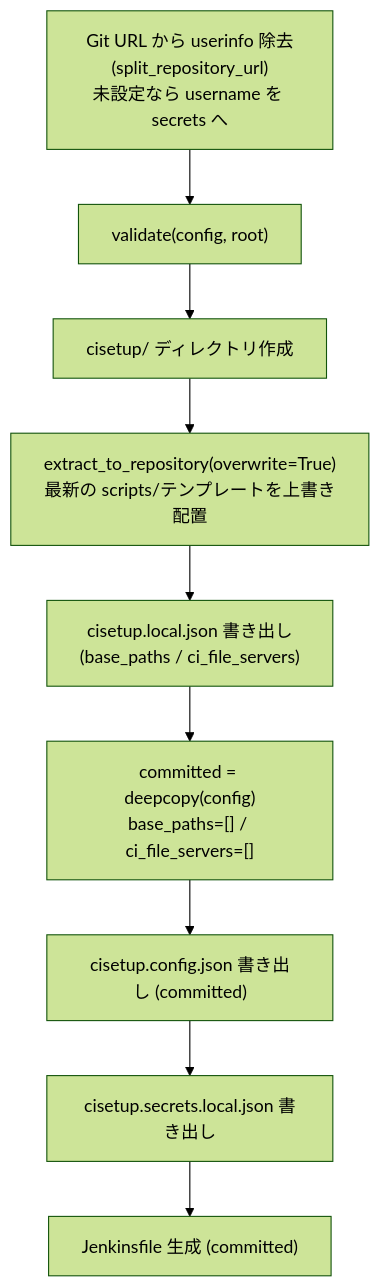
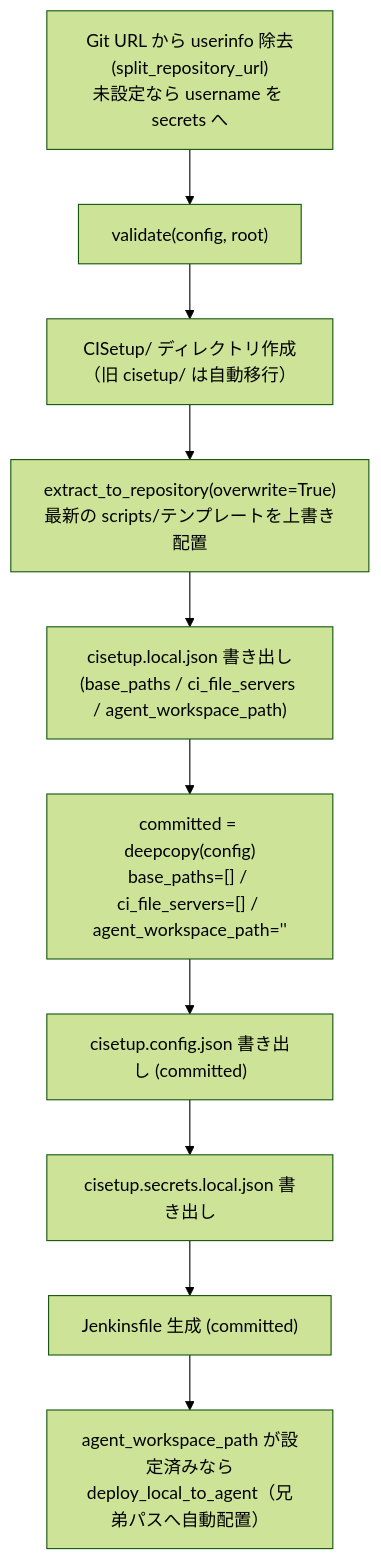
The second of 10 diagrams in docs/DESIGN.md (gt-ynakamatsu/ci-setup-tool), drawn with Mermaid (forest theme) before and after one commit. The commit also changed other lines of this file and 26 other files, not shown here.

````diff
--- a/docs/DESIGN.md
+++ b/docs/DESIGN.md
@@ -436,11 +479,12 @@
 ```mermaid
 flowchart TB
     A["Git URL から userinfo 除去<br/>(split_repository_url)<br/>未設定なら username を secrets へ"] --> B["validate(config, root)"]
-    B --> C["cisetup/ ディレクトリ作成"]
+    B --> C["CISetup/ ディレクトリ作成（旧 cisetup/ は自動移行）"]
     C --> D["extract_to_repository(overwrite=True)<br/>最新の scripts/テンプレートを上書き配置"]
-    D --> E["cisetup.local.json 書き出し<br/>(base_paths / ci_file_servers)"]
-    E --> F["committed = deepcopy(config)<br/>base_paths=[] / ci_file_servers=[]"]
+    D -->     E["cisetup.local.json 書き出し<br/>(base_paths / ci_file_servers / agent_workspace_path)"]
+    E --> F["committed = deepcopy(config)<br/>base_paths=[] / ci_file_servers=[] / agent_workspace_path=''"]
     F --> G["cisetup.config.json 書き出し (committed)"]
     G --> H["cisetup.secrets.local.json 書き出し"]
     H --> I["Jenkinsfile 生成 (committed)"]
+    I --> J["agent_workspace_path が設定済みなら<br/>deploy_local_to_agent（兄弟パスへ自動配置）"]
 ```
````
